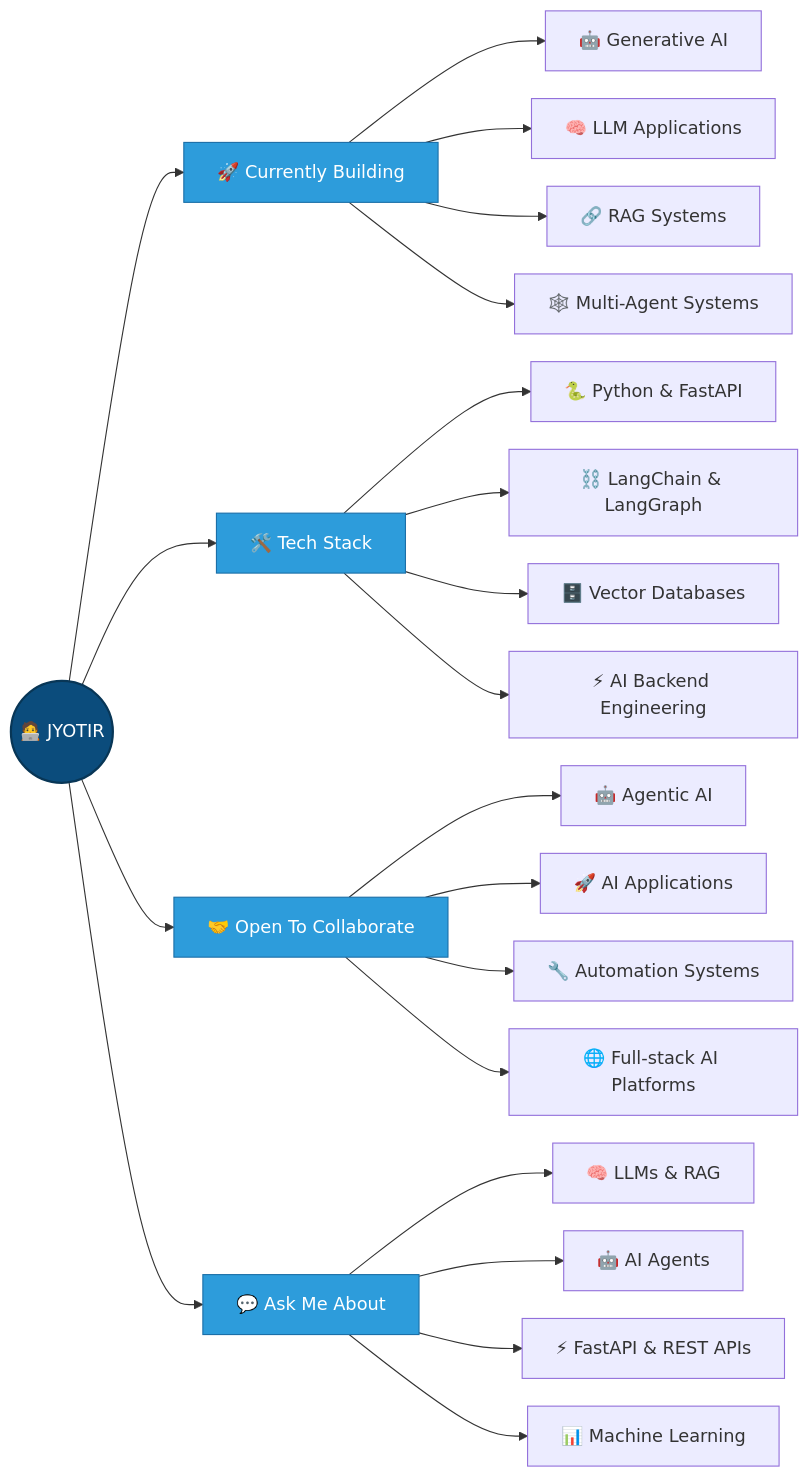
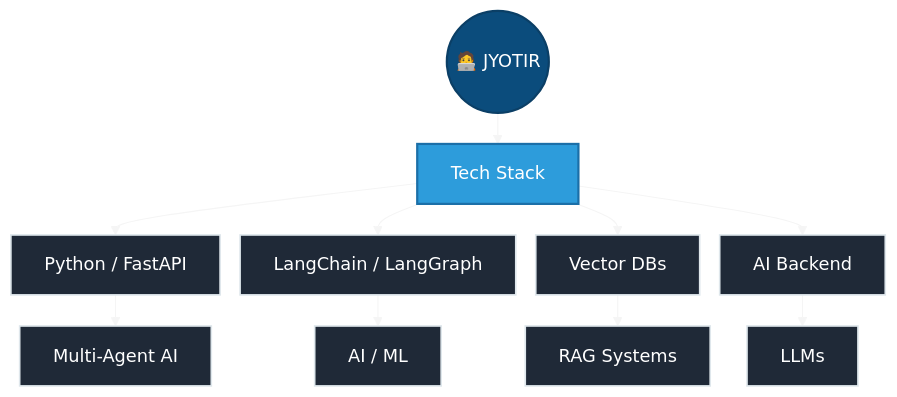
The diagram in README.md (Jyotir2004/Jyotir2004), drawn with Mermaid before and after one commit. The commit also changed other lines of this file, not shown here.

Commit message:
Simplify the README mermaid diagram to a compact mobile-friendly vertical layout

````diff
--- a/README.md
+++ b/README.md
@@ -35,35 +2,32 @@
 ```mermaid
-%%{init: {"flowchart": {"nodeSpacing": 25, "rankSpacing": 55}}}%%
-flowchart LR
-    ME(("🧑‍💻 JYOTIR"))
+%%{init: {"theme":"base","themeVariables":{"primaryColor":"#1E90FF","primaryTextColor":"#ffffff","primaryBorderColor":"#0B4C7C","lineColor":"#F5F5F5","secondaryColor":"#0B4C7C","tertiaryColor":"#0D1117"},"flowchart":{"curve":"basis","nodeSpacing":18,"rankSpacing":28}}}%%
+flowchart TB
+    A(("🧑‍💻 JYOTIR"))
+    B["Tech Stack"]
+    C["Python / FastAPI"]
+    D["LangChain / LangGraph"]
+    E["Vector DBs"]
+    F["AI Backend"]
+    G["Multi-Agent AI"]
+    H["AI / ML"]
+    I["RAG Systems"]
+    J["LLMs"]
 
-    ME --> CW["🚀 Currently Building"]
-    CW --> CW1[🤖 Generative AI]
-    CW --> CW2[🧠 LLM Applications]
-    CW --> CW3[🔗 RAG Systems]
-    CW --> CW4[🕸️ Multi-Agent Systems]
+    A --> B
+    B --> C
+    B --> D
+    B --> E
+    B --> F
+    C --> G
+    D --> H
+    E --> I
+    F --> J
 
-    ME --> EX["🛠️ Tech Stack"]
-    EX --> EX1[🐍 Python & FastAPI]
-    EX --> EX2[⛓️ LangChain & LangGraph]
-    EX --> EX3[🗄️ Vector Databases]
-    EX --> EX4[⚡ AI Backend Engineering]
+    classDef core fill:#0B4C7C,stroke:#0b3f66,color:#fff,stroke-width:2px;
+    classDef stack fill:#2D9CDB,stroke:#1B6FA8,color:#fff,stroke-width:2px;
+    classDef item fill:#1F2937,stroke:#dfe7ec,color:#fff,stroke-width:1.5px;
 
-    ME --> COL["🤝 Open To Collaborate"]
-    COL --> COL1[🤖 Agentic AI]
-    COL --> COL2[🚀 AI Applications]
-    COL --> COL3[🔧 Automation Systems]
-    COL --> COL4[🌐 Full-stack AI Platforms]
-
-    ME --> ASK["💬 Ask Me About"]
-    ASK --> ASK1[🧠 LLMs & RAG]
-    ASK --> ASK2[🤖 AI Agents]
-    ASK --> ASK3[⚡ FastAPI & REST APIs]
-    ASK --> ASK4[📊 Machine Learning]
-
-    style ME fill:#0B4C7C,stroke:#083656,stroke-width:2px,color:#fff
-    style CW fill:#2D9CDB,stroke:#1B6FA8,color:#fff
-    style EX fill:#2D9CDB,stroke:#1B6FA8,color:#fff
-    style COL fill:#2D9CDB,stroke:#1B6FA8,color:#fff
-    style ASK fill:#2D9CDB,stroke:#1B6FA8,color:#fff
+    class A core;
+    class B stack;
+    class C,D,E,F,G,H,I,J item;
 ```
````
